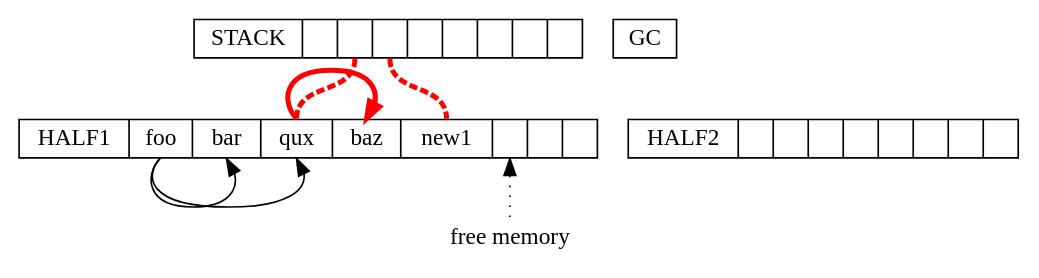
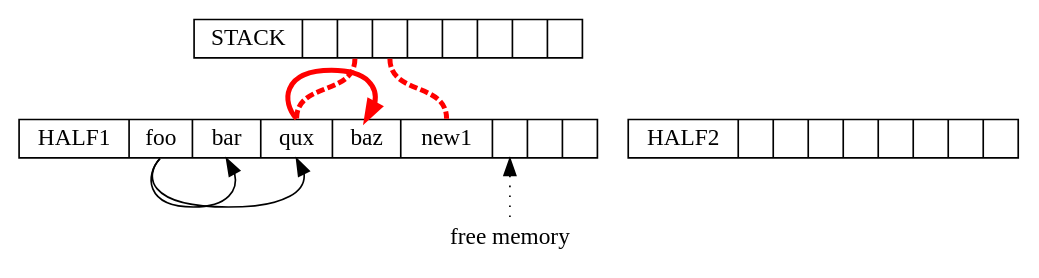
Before and after one commit to com-lihaoyi/mill: the sixth of 13 diagrams in blog/modules/ROOT/pages/6-garbage-collector-perf.adoc, drawn with Graphviz. The commit also changed other lines of this file, not shown here.

````diff
--- a/blog/modules/ROOT/pages/6-garbage-collector-perf.adoc
+++ b/blog/modules/ROOT/pages/6-garbage-collector-perf.adoc
@@ -150,18 +147,18 @@
 ```graphviz
 digraph G {
   
   node [shape=box width=0 height=0 style=filled fillcolor=white]
   {rank=same; heap1; heap2}
   heap2 [shape=record label="HALF2 | <f0> | <f1> | <f2> | <f3>  | <f4> | <f5> | <f6> | <f7> "]
 
   heap1 [shape=record label="HALF1 | <f0> foo | <f1> bar | <f2> qux | <f3> baz | <f4> new1| <f5> | <f6> | <f7> "]
   heap1:f0:s -> heap1:f1:s
   heap1:f0:s -> heap1:f2:s
   heap1:f2:n -> heap1:f3:n [color=red, penwidth=3]
   heap1:f5:s -> alloc:n [dir=back, style=dotted]
-  alloc [label = "free memory", shape=plaintext]GC 
+  alloc [label = "free memory", shape=plaintext]
   stack [shape=record label="STACK | <f0> | <f1> | <f2> | <f3> | <f4> | <f5> | <f6> | <f7> "]
   stack:f1 -> heap1:f2 [dir=none, style=dashed, color=red, penwidth=3]
   stack:f2 -> heap1:f4 [dir=none, style=dashed, color=red, penwidth=3]
 }
 ```
````
